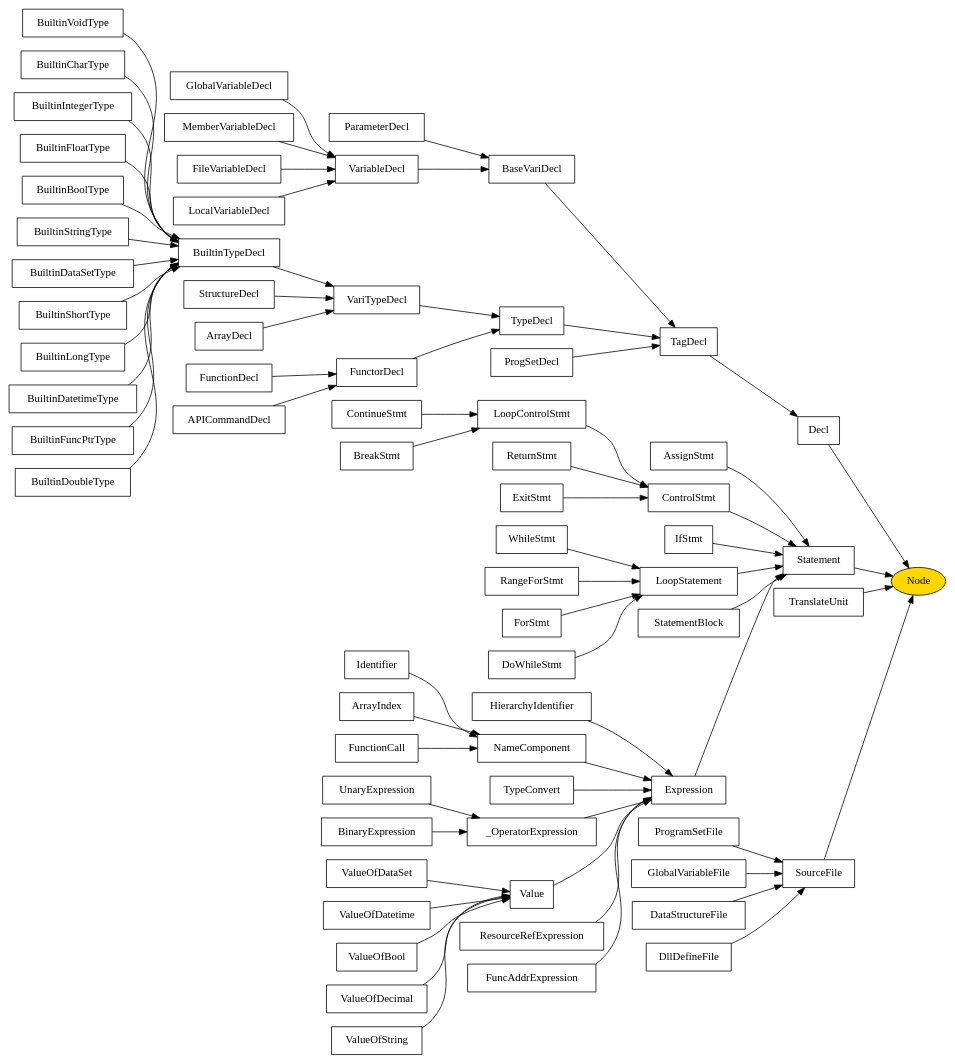
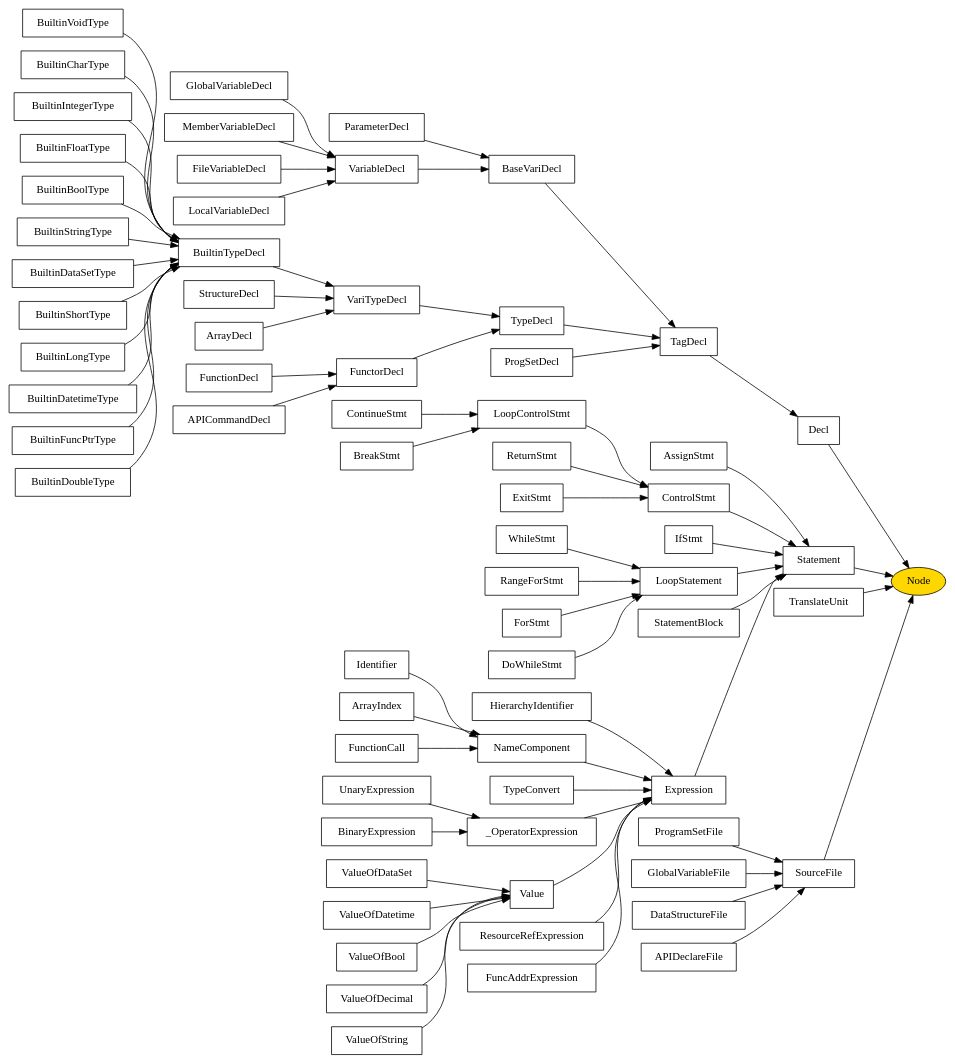
The diagram in Compiler/rexlang_compiler/NodeClassInheritance.dot (RonxBulld/RexLang), drawn with Graphviz before and after one commit. The commit also changed 21 other files, not shown here.

```diff
--- a/Compiler/rexlang_compiler/NodeClassInheritance.dot
+++ b/Compiler/rexlang_compiler/NodeClassInheritance.dot
@@ -1,75 +1,75 @@
 digraph G {
 	rankdir=LR;
 	node[shape=box];
 
 	"SourceFile" -> "Node"
 	"ProgramSetFile" -> "SourceFile"
 	"GlobalVariableFile" -> "SourceFile"
 	"DataStructureFile" -> "SourceFile"
-	"DllDefineFile" -> "SourceFile"
+	"APIDeclareFile" -> "SourceFile"
 	"Decl" -> "Node"
 	"TagDecl" -> "Decl"
 	"BaseVariDecl" -> "TagDecl"
 	"ParameterDecl" -> "BaseVariDecl"
 	"VariableDecl" -> "BaseVariDecl"
 	"GlobalVariableDecl" -> "VariableDecl"
 	"MemberVariableDecl" -> "VariableDecl"
 	"FileVariableDecl" -> "VariableDecl"
 	"LocalVariableDecl" -> "VariableDecl"
 	"TypeDecl" -> "TagDecl"
 	"VariTypeDecl"->"TypeDecl"
 	"BuiltinTypeDecl" -> "VariTypeDecl"
 	"StructureDecl" -> "VariTypeDecl"
 	"ArrayDecl" -> "VariTypeDecl"
 	"FunctorDecl" -> "TypeDecl"
 	"FunctionDecl" -> "FunctorDecl"
 	"APICommandDecl" -> "FunctorDecl"
 	"ProgSetDecl" -> "TagDecl"
 	"Statement" -> "Node"
 	"AssignStmt" -> "Statement"
 	"ControlStmt" -> "Statement"
 	"LoopControlStmt" -> "ControlStmt"
 	"ContinueStmt" -> "LoopControlStmt"
 	"BreakStmt" -> "LoopControlStmt"
 	"ReturnStmt" -> "ControlStmt"
 	"ExitStmt" -> "ControlStmt"
 	"IfStmt" -> "Statement"
 	"LoopStatement" -> "Statement"
 	"WhileStmt" -> "LoopStatement"
 	"RangeForStmt" -> "LoopStatement"
 	"ForStmt" -> "LoopStatement"
 	"DoWhileStmt" -> "LoopStatement"
 	"StatementBlock" -> "Statement"
 	"Expression" -> "Statement"
 	"HierarchyIdentifier" -> "Expression"
 	"NameComponent" -> "Expression"
 	"Identifier" -> "NameComponent"
 	"ArrayIndex" -> "NameComponent"
 	"FunctionCall" -> "NameComponent"
 	"TypeConvert" -> "Expression"
 	"_OperatorExpression" -> "Expression"
 	"UnaryExpression" -> "_OperatorExpression"
 	"BinaryExpression" -> "_OperatorExpression"
 	"Value" -> "Expression"
 	"ValueOfDataSet" -> "Value"
 	"ValueOfDatetime" -> "Value"
 	"ResourceRefExpression" -> "Expression"
 	"FuncAddrExpression" -> "Expression"
 	"ValueOfBool" -> "Value"
 	"ValueOfDecimal" -> "Value"
 	"ValueOfString" -> "Value"
 	"TranslateUnit" -> "Node"
 	"BuiltinVoidType" -> "BuiltinTypeDecl"
 	"BuiltinCharType" -> "BuiltinTypeDecl"
 	"BuiltinIntegerType" -> "BuiltinTypeDecl"
 	"BuiltinFloatType" -> "BuiltinTypeDecl"
 	"BuiltinBoolType" -> "BuiltinTypeDecl"
 	"BuiltinStringType" -> "BuiltinTypeDecl"
 	"BuiltinDataSetType" -> "BuiltinTypeDecl"
 	"BuiltinShortType" -> "BuiltinTypeDecl"
 	"BuiltinLongType" -> "BuiltinTypeDecl"
 	"BuiltinDatetimeType" -> "BuiltinTypeDecl"
 	"BuiltinFuncPtrType" -> "BuiltinTypeDecl"
 	"BuiltinDoubleType" -> "BuiltinTypeDecl"
 	"Node"[shape=ellipse fillcolor=gold style=filled];
 }
```
